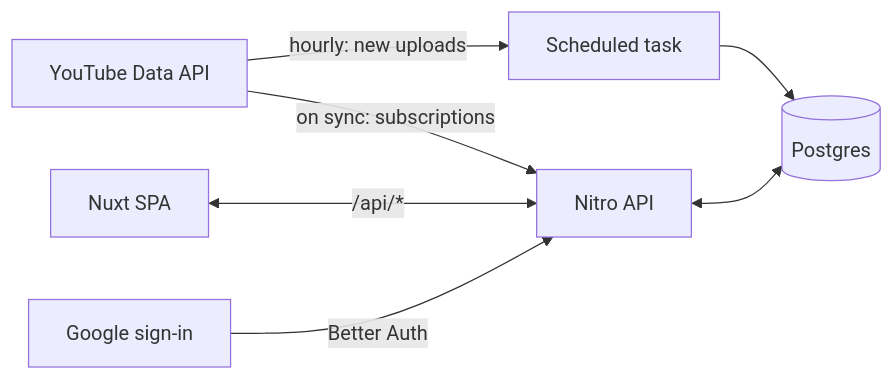
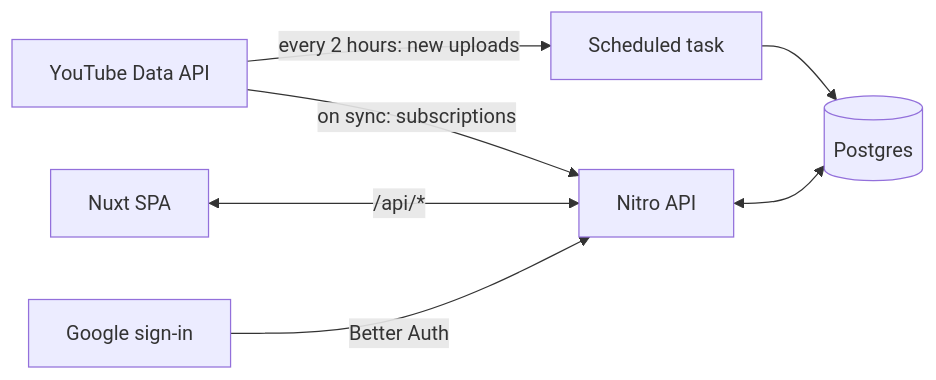
Before and after one commit to replikduplik/your-timeline-site: the diagram in README.md, drawn with Mermaid. The commit also changed other lines of this file, not shown here.

````diff
--- a/README.md
+++ b/README.md
@@ -64,9 +65,9 @@
 ```mermaid
 flowchart LR
-    YT["YouTube Data API"] -->|"hourly: new uploads"| JOB[Scheduled task]
+    YT["YouTube Data API"] -->|"every 2 hours: new uploads"| JOB[Scheduled task]
     YT -->|"on sync: subscriptions"| API[Nitro API]
     JOB --> PG[(Postgres)]
     API <--> PG
     WEB[Nuxt SPA] <-->|"/api/*"| API
     G["Google sign-in"] -->|Better Auth| API
 ```
````
